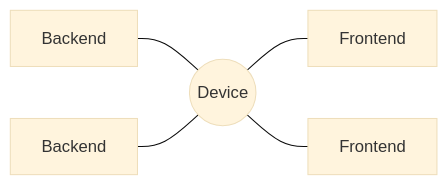
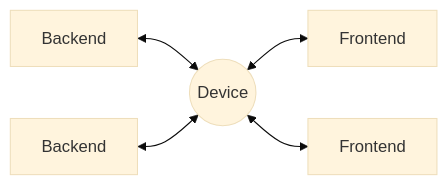
Before and after one commit to hlop3z/zmag: the third of 3 diagrams in docs/docs/index.md, drawn with Mermaid (base theme). The commit also changed other lines of this file and 50 other files, not shown here.

````diff
--- a/docs/docs/index.md
+++ b/docs/docs/index.md
@@ -165,5 +165,5 @@
 ```mermaid
 flowchart LR;
-    A[Backend] --- B((Device)) --- C[Frontend];
-    F[Backend] --- B --- D[Frontend];
+    A[Backend] <--> B((Device)) <--> C[Frontend];
+    F[Backend] <--> B <--> D[Frontend];
 ```
````
